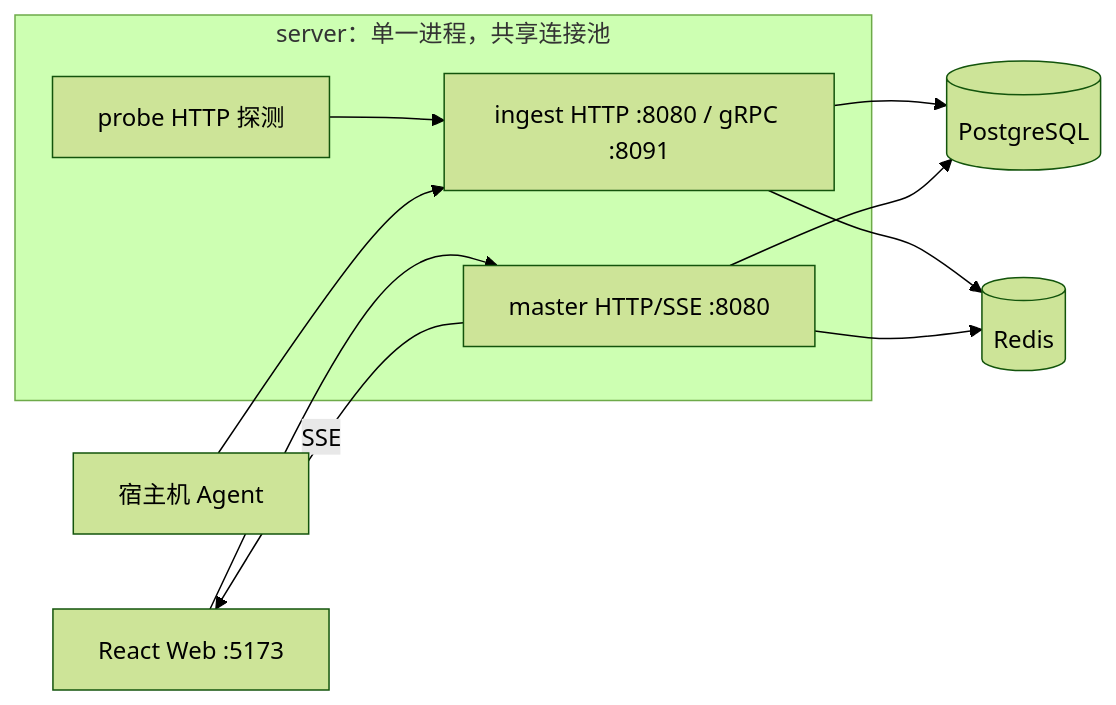
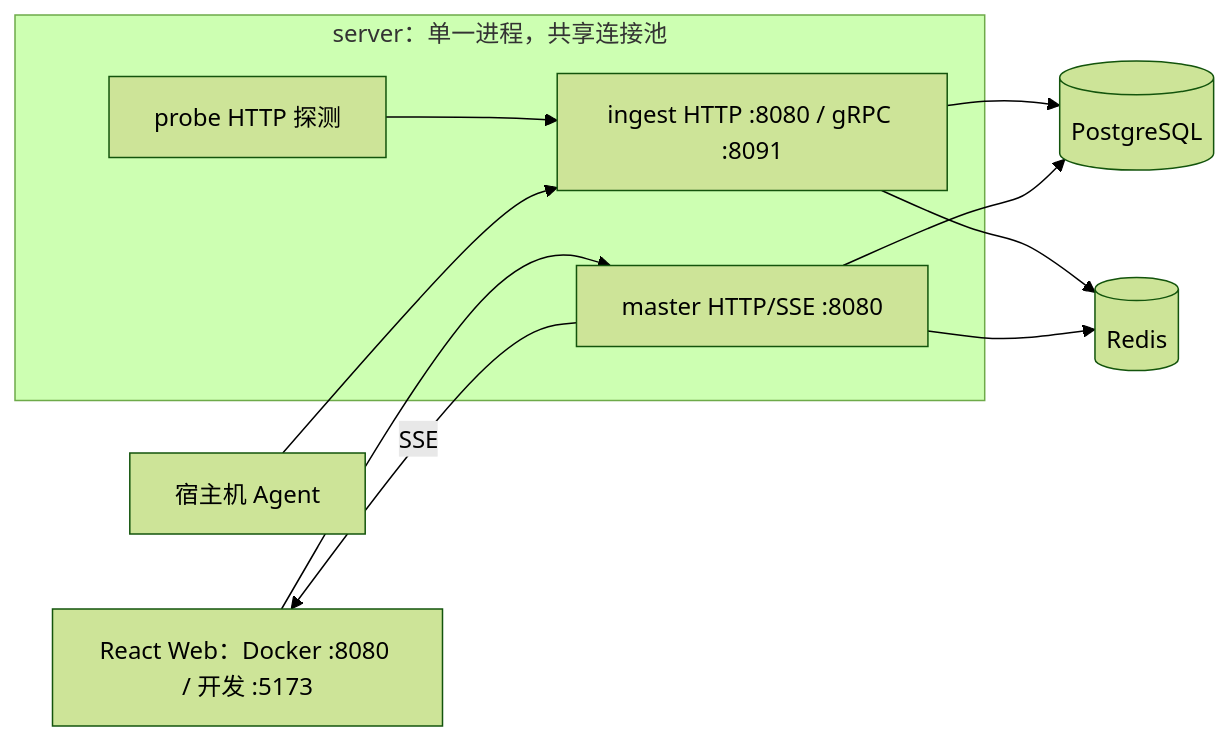
The first of 3 diagrams in docs/01-core/architecture.md (gofxq/gaoming), drawn with Mermaid (forest theme) before and after one commit. The commit also changed other lines of this file and 25 other files, not shown here.

````diff
--- a/docs/01-core/architecture.md
+++ b/docs/01-core/architecture.md
@@ -7,20 +7,20 @@
 ```mermaid
 flowchart LR
     Agent[宿主机 Agent]
-    Web[React Web :5173]
+    Web[React Web：Docker :8080 / 开发 :5173]
     subgraph Server["server：单一进程，共享连接池"]
         Master["master HTTP/SSE :8080"]
         Ingest["ingest HTTP :8080 / gRPC :8091"]
         Probe[probe HTTP 探测]
         Probe --> Ingest
     end
     PG[(PostgreSQL)]
     Redis[(Redis)]
     Agent --> Ingest
     Ingest --> PG
     Ingest --> Redis
     Master --> PG
     Master --> Redis
     Master -->|SSE| Web
     Web --> Master
 ```
````
